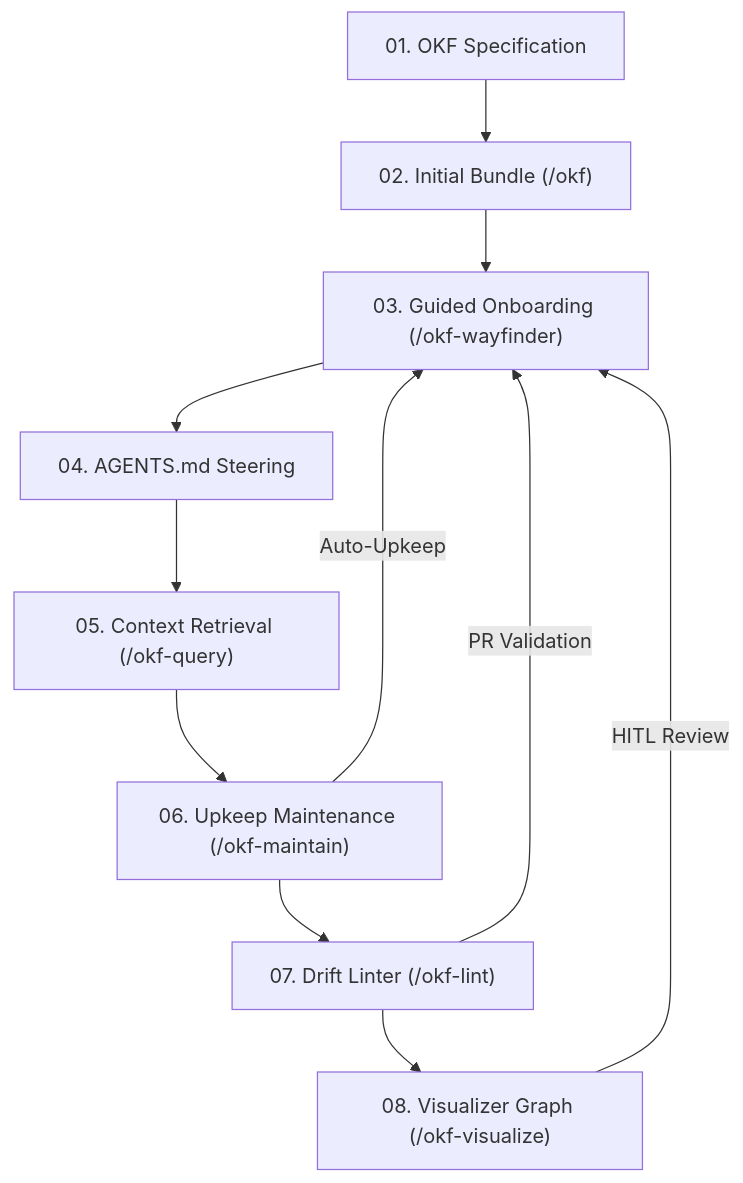
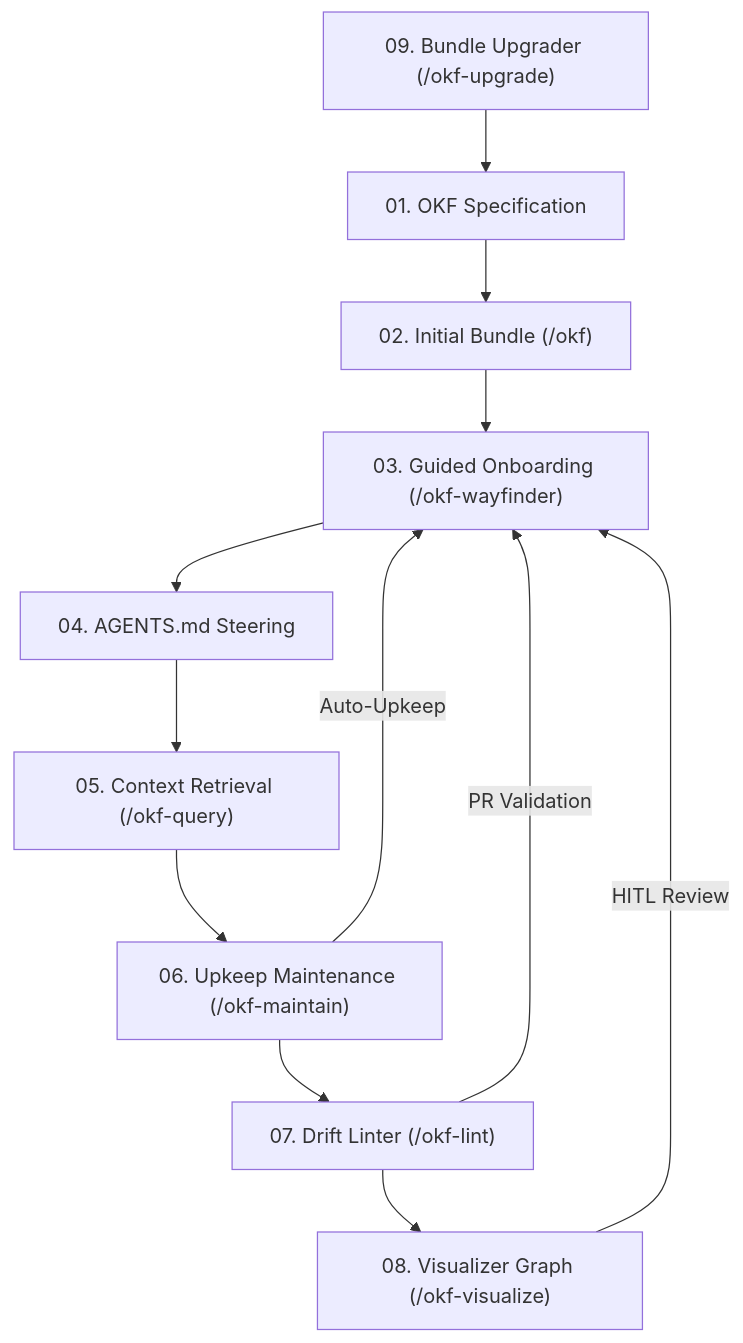
The diagram in README.md (eloybar/okf-skills), drawn with Mermaid before and after one commit. The commit also changed other lines of this file and 1 other file, not shown here.

First line of the commit message:
docs: align README.md timeline and step descriptions

````diff
--- a/README.md
+++ b/README.md
@@ -13,13 +13,14 @@
 ```mermaid
 graph TD
-    A["01. OKF Specification"] --> B["02. Initial Bundle (/okf)"]
+    I["09. Bundle Upgrader (/okf-upgrade)"] --> A["01. OKF Specification"]
+    A --> B["02. Initial Bundle (/okf)"]
     B --> C["03. Guided Onboarding (/okf-wayfinder)"]
     C --> D["04. AGENTS.md Steering"]
     D --> E["05. Context Retrieval (/okf-query)"]
     E --> F["06. Upkeep Maintenance (/okf-maintain)"]
     F -->|Auto-Upkeep| C
     F --> G["07. Drift Linter (/okf-lint)"]
     G -->|PR Validation| C
     G --> H["08. Visualizer Graph (/okf-visualize)"]
     H -->|HITL Review| C
 ```
````
